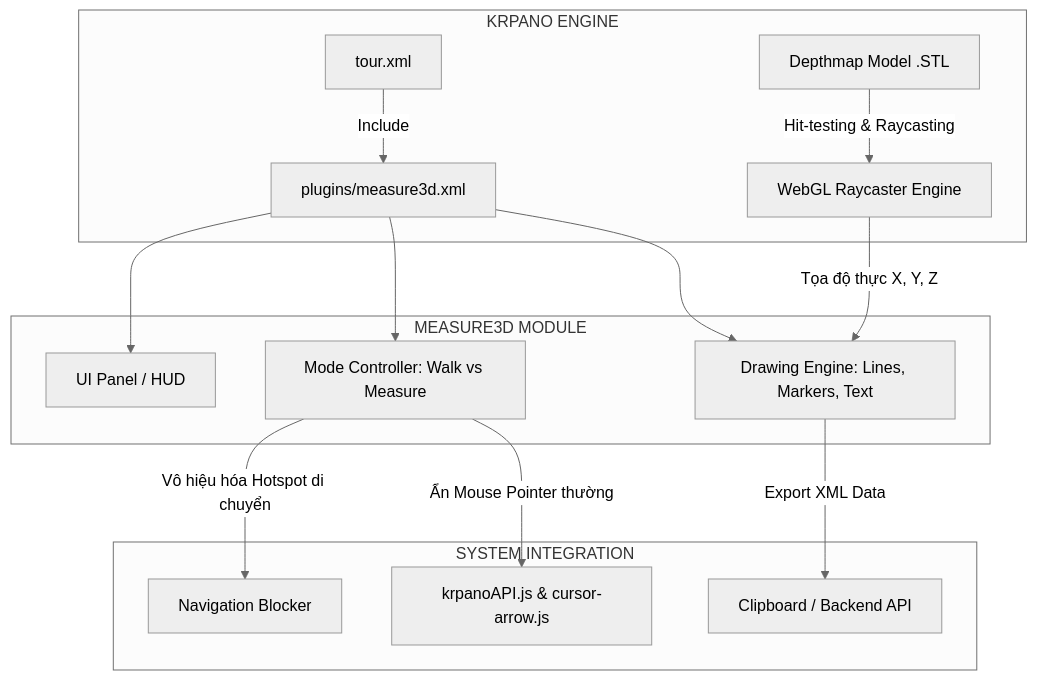
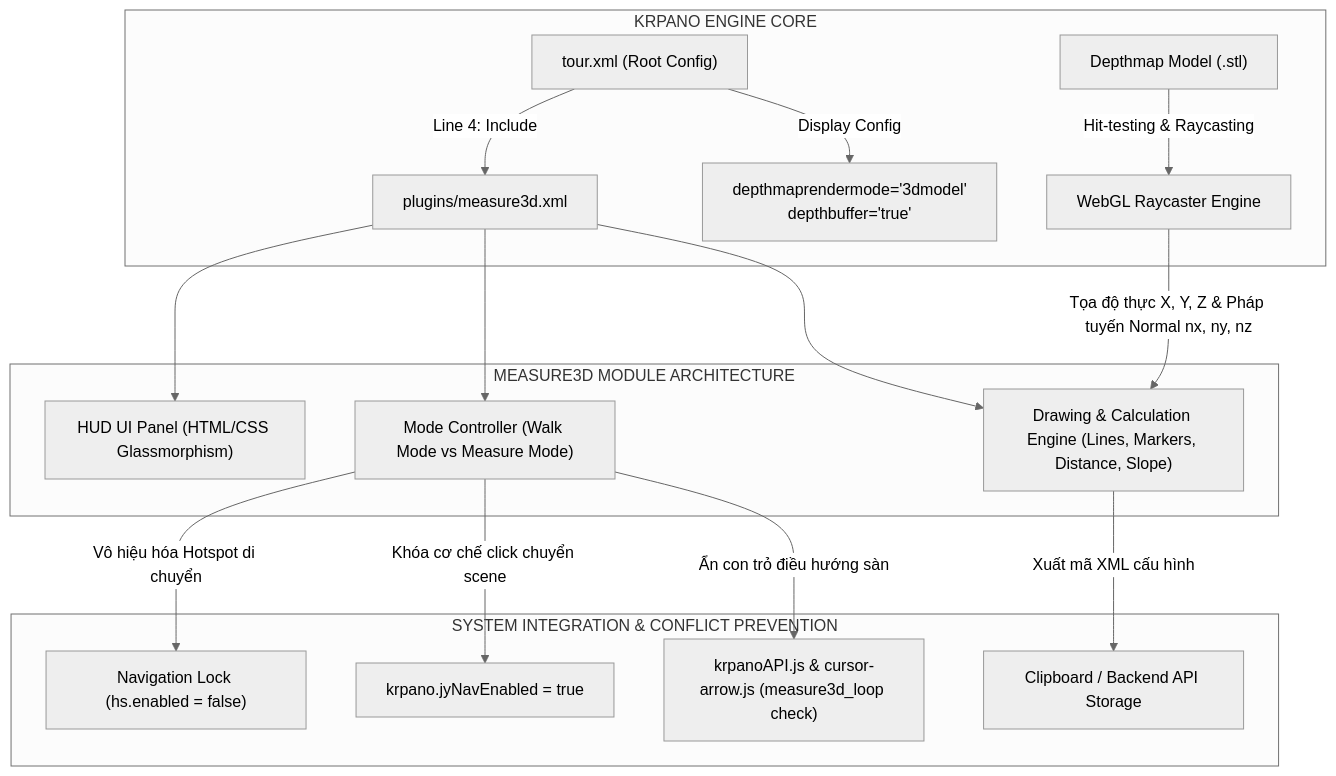
One commit to tronghunggoku/measure_3d changed the first of 2 diagrams in can1pn/krpano_measure3d_documentation.md. Above: the diagram before and after it, drawn with Mermaid (neutral theme). The commit also changed other lines of this file, not shown here.

Commit message:
docs: update krpano measure3d documentation with tour.xml line 4 analysis

````diff
--- a/can1pn/krpano_measure3d_documentation.md
+++ b/can1pn/krpano_measure3d_documentation.md
@@ -16,20 +17,22 @@
 ```mermaid
 graph TD
-    subgraph KRPANO ENGINE
-        A[tour.xml] -->|Include| B[plugins/measure3d.xml]
-        C[Depthmap Model .STL] -->|Hit-testing & Raycasting| D[WebGL Raycaster Engine]
+    subgraph KRPANO_CORE [KRPANO ENGINE CORE]
+        A["tour.xml (Root Config)"] -->|Line 4: Include| B["plugins/measure3d.xml"]
+        A -->|Display Config| C["depthmaprendermode='3dmodel'<br/>depthbuffer='true'"]
+        D["Depthmap Model (.stl)"] -->|Hit-testing & Raycasting| E["WebGL Raycaster Engine"]
     end
     
-    subgraph MEASURE3D MODULE
-        B --> E[UI Panel / HUD]
-        B --> F[Mode Controller: Walk vs Measure]
-        B --> G[Drawing Engine: Lines, Markers, Text]
-        D -->|Tọa độ thực X, Y, Z| G
+    subgraph MEASURE3D_MODULE [MEASURE3D MODULE ARCHITECTURE]
+        B --> F["HUD UI Panel (HTML/CSS Glassmorphism)"]
+        B --> G["Mode Controller (Walk Mode vs Measure Mode)"]
+        B --> H["Drawing & Calculation Engine (Lines, Markers, Distance, Slope)"]
+        E -->|Tọa độ thực X, Y, Z & Pháp tuyến Normal nx, ny, nz| H
     end
 
-    subgraph SYSTEM INTEGRATION
-        F -->|Vô hiệu hóa Hotspot di chuyển| H[Navigation Blocker]
-        F -->|Ẩn Mouse Pointer thường| I[krpanoAPI.js & cursor-arrow.js]
-        G -->|Export XML Data| J[Clipboard / Backend API]
+    subgraph SYSTEM_INTEGRATION [SYSTEM INTEGRATION & CONFLICT PREVENTION]
+        G -->|Vô hiệu hóa Hotspot di chuyển| I["Navigation Lock (hs.enabled = false)"]
+        G -->|Khóa cơ chế click chuyển scene| J["krpano.jyNavEnabled = true"]
+        G -->|Ẩn con trỏ điều hướng sàn| K["krpanoAPI.js & cursor-arrow.js (measure3d_loop check)"]
+        H -->|Xuất mã XML cấu hình| L["Clipboard / Backend API Storage"]
     end
 ```
````
